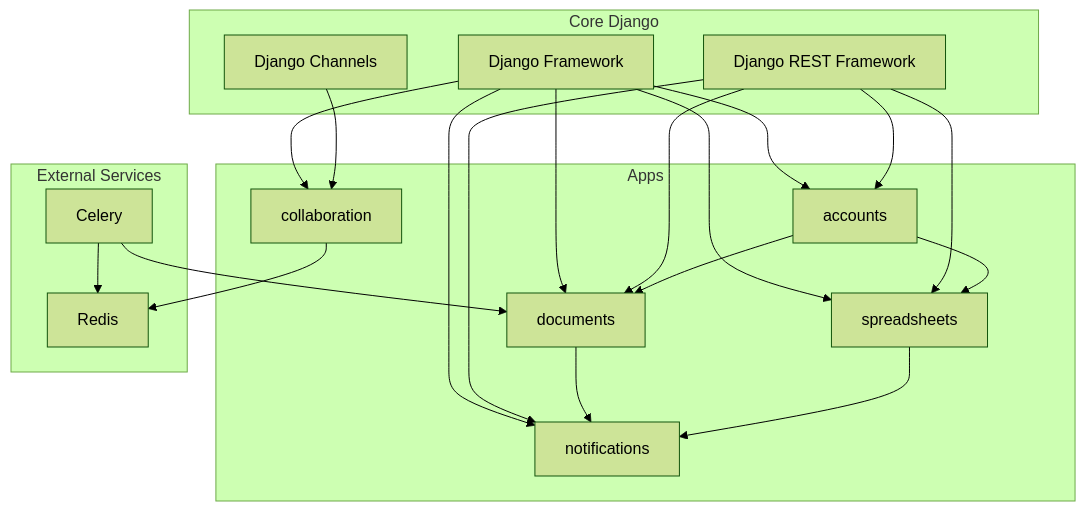
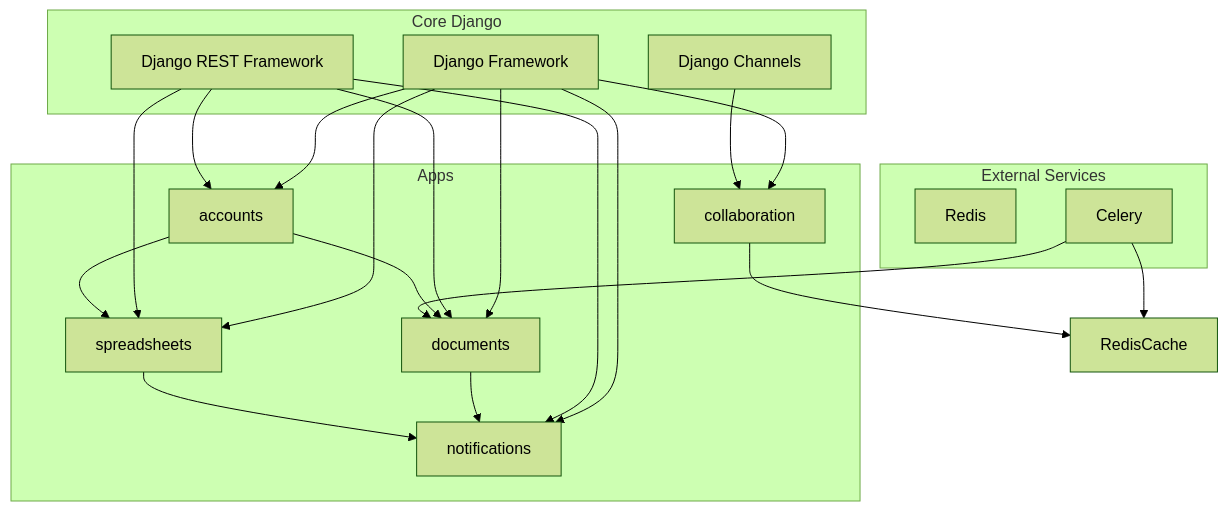
Before and after one commit to rinsane/DocsHub: the tenth of 22 diagrams in ARCHITECTURE.md, drawn with Mermaid (forest theme). The commit also changed other lines of this file, not shown here.

Commit message:
correct architecture

````diff
--- a/ARCHITECTURE.md
+++ b/ARCHITECTURE.md
@@ -386,39 +386,39 @@
 ```mermaid
 graph TD
     subgraph "Core Django"
         Django[Django Framework]
         DRF[Django REST Framework]
         Channels[Django Channels]
     end
     
     subgraph "Apps"
         Accounts[accounts]
         Documents[documents]
         Spreadsheets[spreadsheets]
         Notifications[notifications]
         Collaboration[collaboration]
     end
     
     subgraph "External Services"
-        Redis[Redis]
+        RedisService[Redis]
         Celery[Celery]
     end
     
     Django --> Accounts
     Django --> Documents
     Django --> Spreadsheets
     Django --> Notifications
     Django --> Collaboration
     DRF --> Accounts
     DRF --> Documents
     DRF --> Spreadsheets
     DRF --> Notifications
     Channels --> Collaboration
-    Collaboration --> Redis
+    Collaboration --> RedisCache
     Documents --> Notifications
     Spreadsheets --> Notifications
     Accounts --> Documents
     Accounts --> Spreadsheets
-    Celery --> Redis
+    Celery --> RedisCache
     Celery --> Documents
 ```
````
